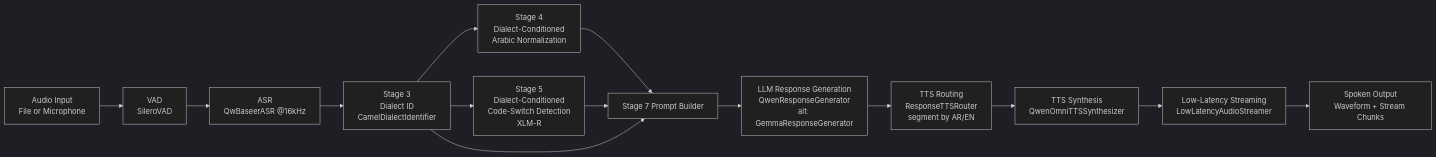
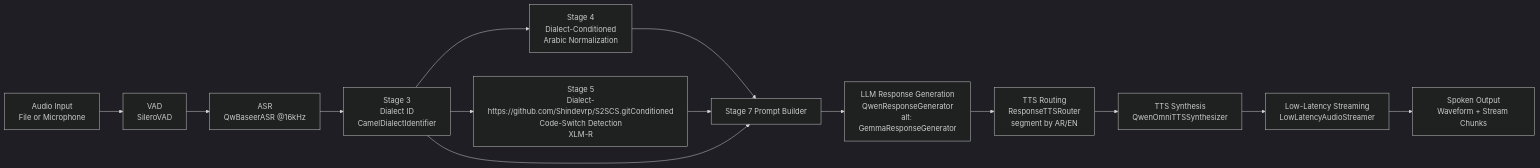
The diagram in README.md (Shindevrp/S2SCS), drawn with Mermaid (dark theme) before and after one commit. The commit also changed other lines of this file and 36 other files, not shown here.

````diff
--- a/README.md
+++ b/README.md
@@ -10,18 +10,18 @@
 ```mermaid
 flowchart LR
 		A[Audio Input\nFile or Microphone] --> B[VAD\nSileroVAD]
 		B --> C[ASR\nQwBaseerASR @16kHz]
 		C --> D[Stage 3\nDialect ID\nCamelDialectIdentifier]
 
 		D --> E[Stage 4\nDialect-Conditioned\nArabic Normalization]
-		D --> F[Stage 5\nDialect-Conditioned\nCode-Switch Detection\nXLM-R]
+		D --> F[Stage 5\nDialect-https://github.com/Shindevrp/S2SCS.gitConditioned\nCode-Switch Detection\nXLM-R]
 		E --> G[Stage 7 Prompt Builder]
 		F --> G
 		D --> G
 
 		G --> H[LLM Response Generation\nQwenResponseGenerator\nalt: GemmaResponseGenerator]
 		H --> I[TTS Routing\nResponseTTSRouter\nsegment by AR/EN]
 		I --> J[TTS Synthesis\nQwenOmniTTSSynthesizer]
 		J --> K[Low-Latency Streaming\nLowLatencyAudioStreamer]
 		K --> L[Spoken Output\nWaveform + Stream Chunks]
 ```
````
